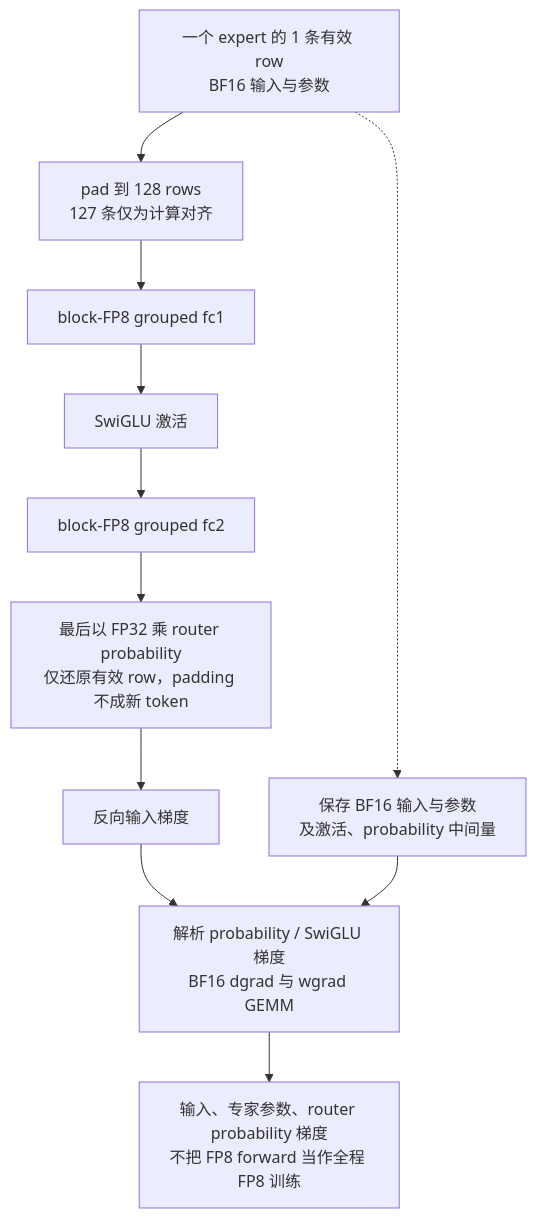
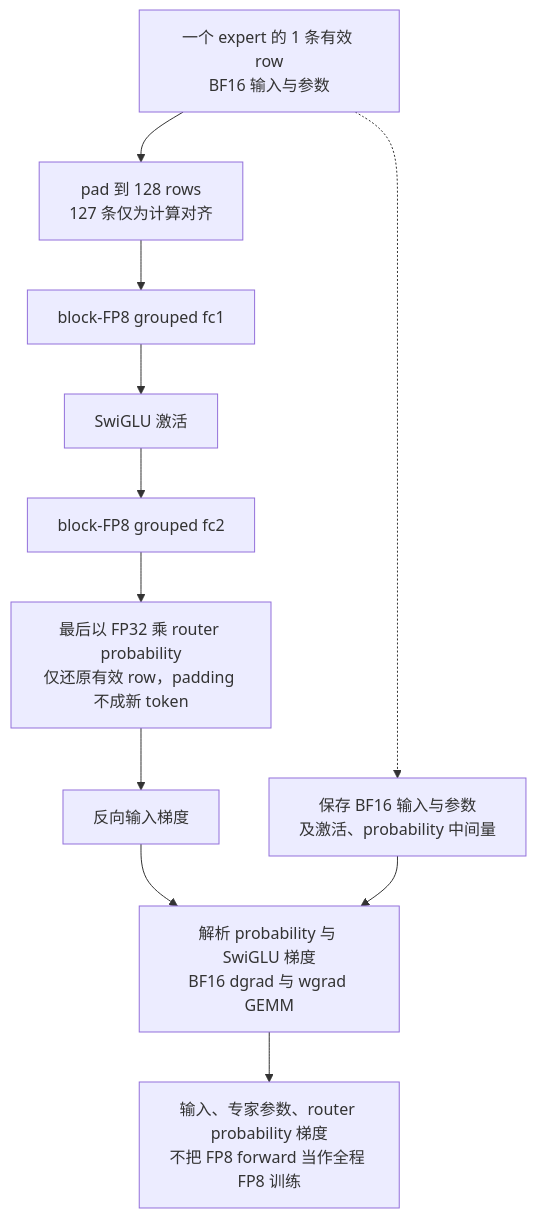
One commit to suhaibo666/llm-knowledge changed the second of 4 diagrams in wiki/02_engineering/04_posttrain_frameworks/slime/17_slime_train_inference_consistency_analysis.md. Above: the diagram before and after it, drawn with Mermaid. The commit also changed other lines of this file and 89 other files, not shown here.

````diff
--- a/wiki/02_engineering/04_posttrain_frameworks/slime/17_slime_train_inference_consistency_analysis.md
+++ b/wiki/02_engineering/04_posttrain_frameworks/slime/17_slime_train_inference_consistency_analysis.md
@@ -169,13 +163,13 @@
 ```mermaid
 flowchart TB
     X["一个 expert 的 1 条有效 row<br/>BF16 输入与参数"] --> PAD["pad 到 128 rows<br/>127 条仅为计算对齐"]
     PAD --> F1["block-FP8 grouped fc1"]
     F1 --> A["SwiGLU 激活"]
     A --> F2["block-FP8 grouped fc2"]
     F2 --> P["最后以 FP32 乘 router probability<br/>仅还原有效 row，padding 不成新 token"]
     P --> D["反向输入梯度"]
     X -.-> SAV["保存 BF16 输入与参数<br/>及激活、probability 中间量"]
-    D --> BW["解析 probability / SwiGLU 梯度<br/>BF16 dgrad 与 wgrad GEMM"]
+    D --> BW["解析 probability 与 SwiGLU 梯度<br/>BF16 dgrad 与 wgrad GEMM"]
     SAV --> BW
     BW --> OUT["输入、专家参数、router probability 梯度<br/>不把 FP8 forward 当作全程 FP8 训练"]
 ```
````
